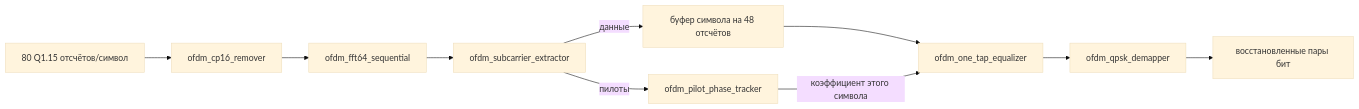
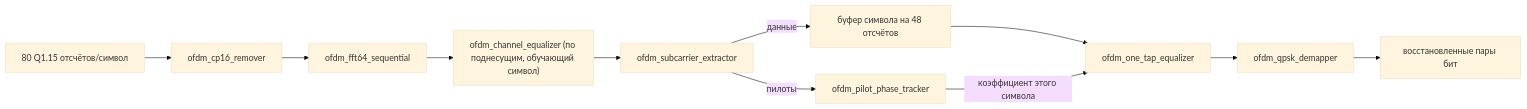
Before and after one commit to Lay007/zynq-sdr-course: the second of 2 diagrams in docs/ru/labs/lab-8-14-ofdm-rtl-chain.md, drawn with Mermaid (base theme). The commit also changed other lines of this file and 1 other file, not shown here.

Commit message:
Lab 8.14: verification stage 2d, per-subcarrier channel equalization through a 3-path channel (EN and RU)

````diff
--- a/docs/ru/labs/lab-8-14-ofdm-rtl-chain.md
+++ b/docs/ru/labs/lab-8-14-ofdm-rtl-chain.md
@@ -40,12 +40,13 @@
 ```mermaid
 flowchart LR
     IN["80 Q1.15 отсчётов/символ"] --> CPR[ofdm_cp16_remover]
     CPR --> FFT[ofdm_fft64_sequential]
-    FFT --> EXT[ofdm_subcarrier_extractor]
+    FFT --> CEQ["ofdm_channel_equalizer (по поднесущим, обучающий символ)"]
+    CEQ --> EXT[ofdm_subcarrier_extractor]
     EXT -->|данные| BUF["буфер символа на 48 отсчётов"]
     EXT -->|пилоты| PILOT[ofdm_pilot_phase_tracker]
     BUF --> EQ[ofdm_one_tap_equalizer]
     PILOT -->|"коэффициент этого символа"| EQ
     EQ --> DEMAP[ofdm_qpsk_demapper]
     DEMAP --> BITS["восстановленные пары бит"]
 ```
````
